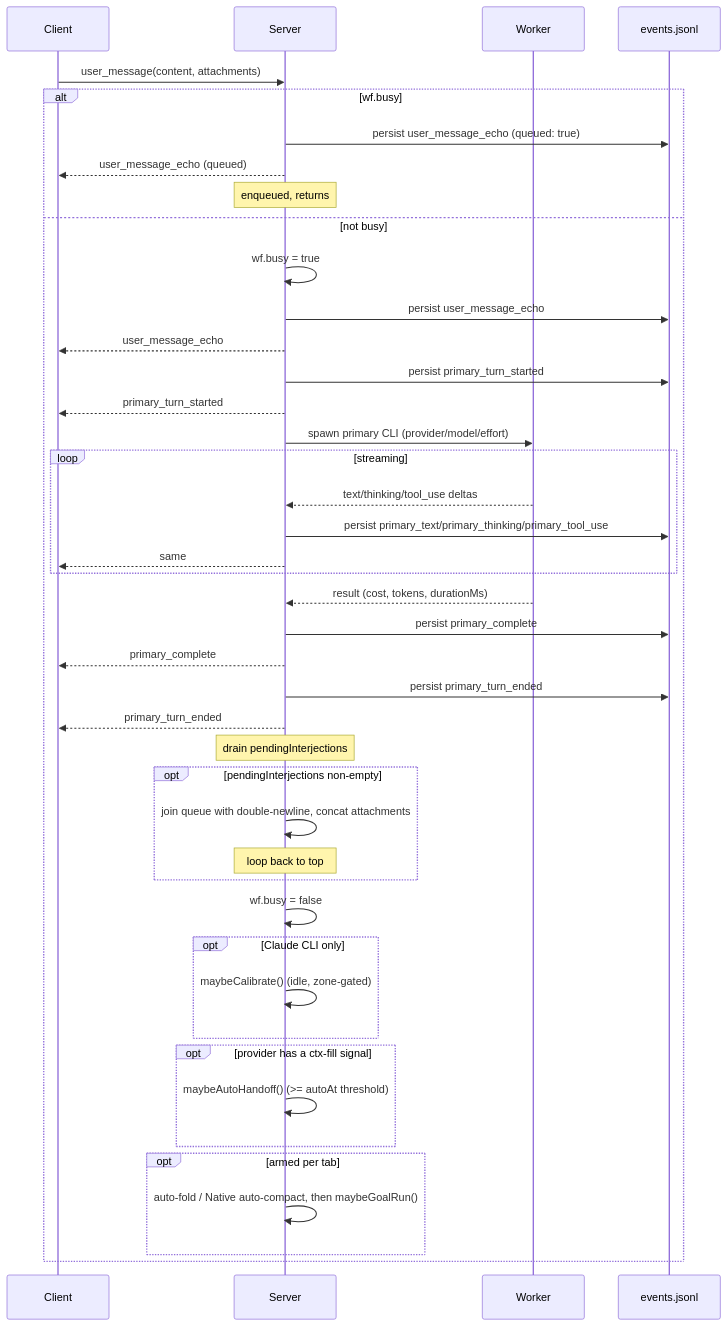
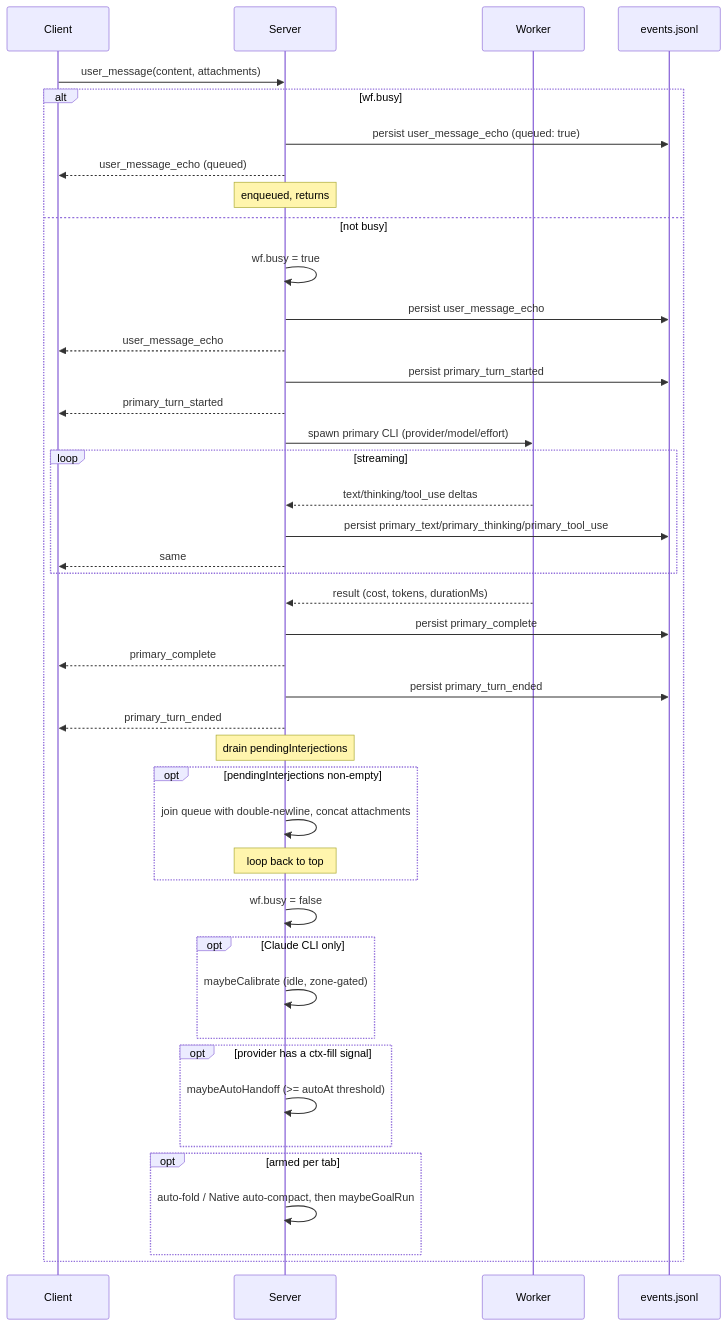
Before and after one commit to ghreprimand/arco: the second of 2 diagrams in docs/ARCHITECTURE.md, drawn with Mermaid. The commit also changed other lines of this file and 8 other files, not shown here.

Commit message:
Port architecture and protocol documentation

````diff
--- a/docs/ARCHITECTURE.md
+++ b/docs/ARCHITECTURE.md
@@ -324,46 +324,46 @@
 ```mermaid
 sequenceDiagram
     participant C as Client
     participant S as Server
     participant W as Worker
     participant D as events.jsonl
 
     C->>S: user_message(content, attachments)
     alt wf.busy
         S->>D: persist user_message_echo (queued: true)
         S-->>C: user_message_echo (queued)
         Note over S: enqueued, returns
     else not busy
         S->>S: wf.busy = true
         S->>D: persist user_message_echo
         S-->>C: user_message_echo
         S->>D: persist primary_turn_started
         S-->>C: primary_turn_started
         S->>W: spawn primary CLI (provider/model/effort)
         loop streaming
           W-->>S: text/thinking/tool_use deltas
           S->>D: persist primary_text/primary_thinking/primary_tool_use
           S-->>C: same
         end
         W-->>S: result (cost, tokens, durationMs)
         S->>D: persist primary_complete
         S-->>C: primary_complete
         S->>D: persist primary_turn_ended
         S-->>C: primary_turn_ended
         Note over S: drain pendingInterjections
         opt pendingInterjections non-empty
             S->>S: join queue with double-newline, concat attachments
             Note over S: loop back to top
         end
         S->>S: wf.busy = false
         opt Claude CLI only
-            S->>S: maybeCalibrate() (idle, zone-gated)
+            S->>S: maybeCalibrate (idle, zone-gated)
         end
         opt provider has a ctx-fill signal
-            S->>S: maybeAutoHandoff() (>= autoAt threshold)
+            S->>S: maybeAutoHandoff (>= autoAt threshold)
         end
         opt armed per tab
-            S->>S: auto-fold / Native auto-compact, then maybeGoalRun()
+            S->>S: auto-fold / Native auto-compact, then maybeGoalRun
         end
     end
 ```
````
